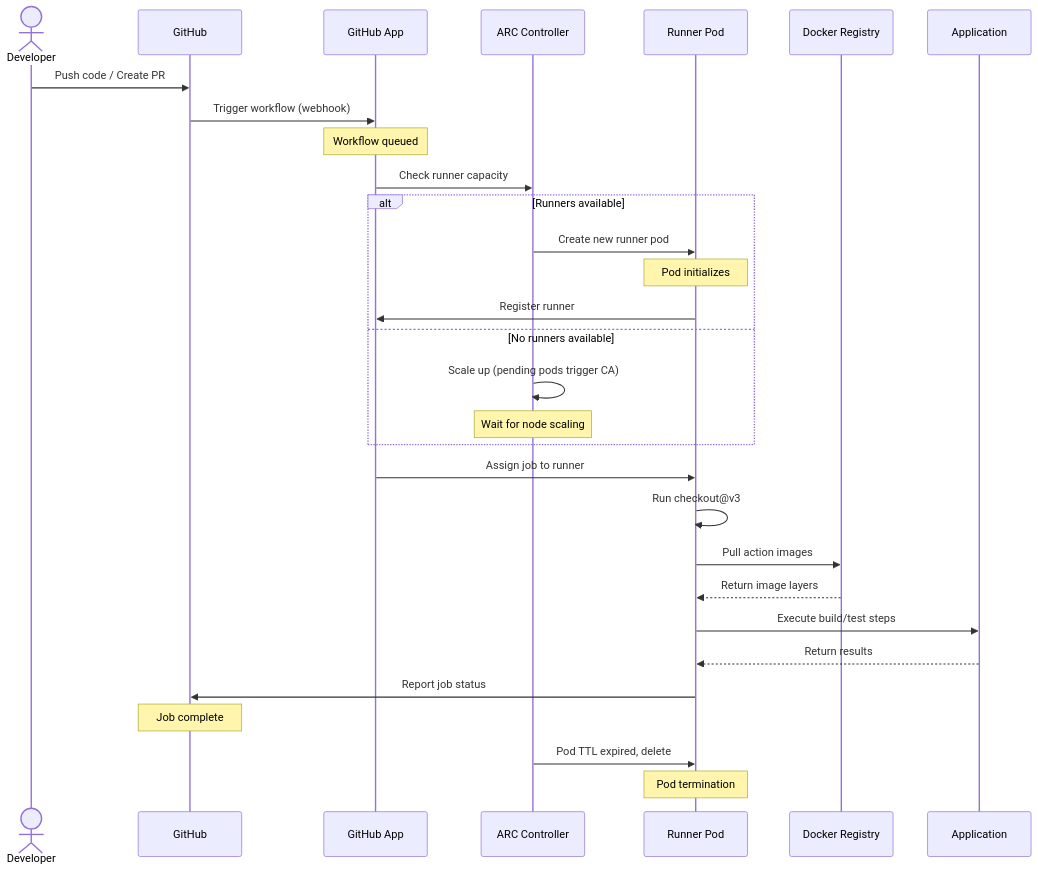
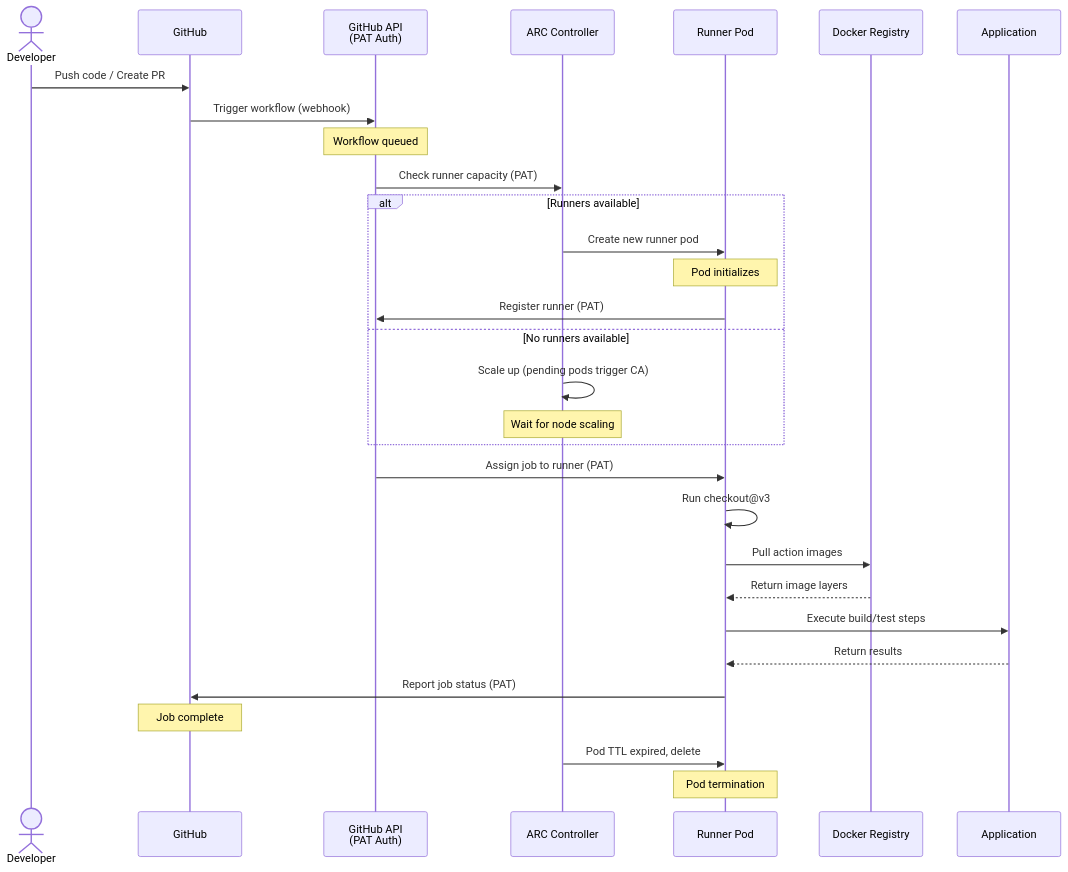
One commit to ajaychinthapalli/github-action-eks-runners changed the third of 12 diagrams in DIAGRAMS.md. Above: the diagram before and after it, drawn with Mermaid. The commit also changed other lines of this file, not shown here.

Commit message:
Update diagrams to reflect PAT authentication instead of GitHub App

````diff
--- a/DIAGRAMS.md
+++ b/DIAGRAMS.md
@@ -139,34 +137,34 @@
 ```mermaid
 sequenceDiagram
     actor Dev as Developer
     participant GH as GitHub
-    participant GHAPP as GitHub App
+    participant PAT as GitHub API<br/>(PAT Auth)
     participant ARC as ARC Controller
     participant Runner as Runner Pod
     participant Docker as Docker Registry
     participant App as Application
     
     Dev->>GH: Push code / Create PR
-    GH->>GHAPP: Trigger workflow (webhook)
-    Note over GHAPP: Workflow queued
-    GHAPP->>ARC: Check runner capacity
+    GH->>PAT: Trigger workflow (webhook)
+    Note over PAT: Workflow queued
+    PAT->>ARC: Check runner capacity (PAT)
     alt Runners available
         ARC->>Runner: Create new runner pod
         Note over Runner: Pod initializes
-        Runner->>GHAPP: Register runner
+        Runner->>PAT: Register runner (PAT)
     else No runners available
         ARC->>ARC: Scale up (pending pods trigger CA)
         Note over ARC: Wait for node scaling
     end
-    GHAPP->>Runner: Assign job to runner
+    PAT->>Runner: Assign job to runner (PAT)
     Runner->>Runner: Run checkout@v3
     Runner->>Docker: Pull action images
     Docker-->>Runner: Return image layers
     Runner->>App: Execute build/test steps
     App-->>Runner: Return results
-    Runner->>GH: Report job status
+    Runner->>GH: Report job status (PAT)
     Note over GH: Job complete
     ARC->>Runner: Pod TTL expired, delete
     Note over Runner: Pod termination
     
 ```
````
